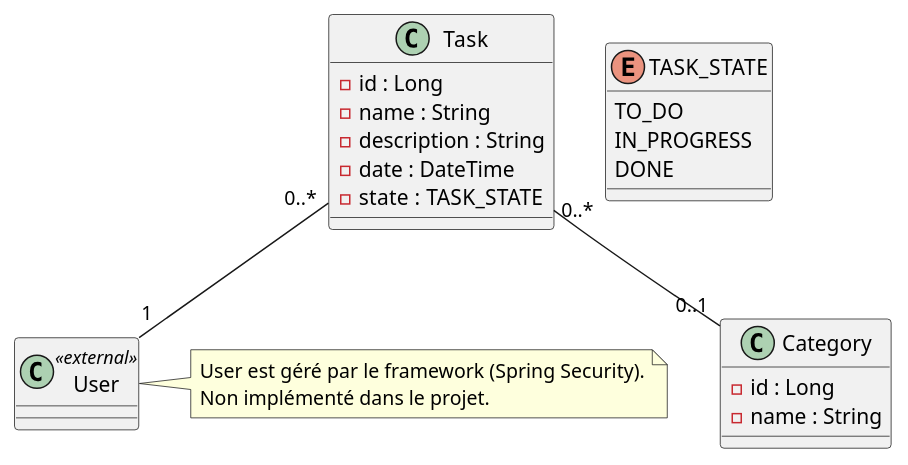
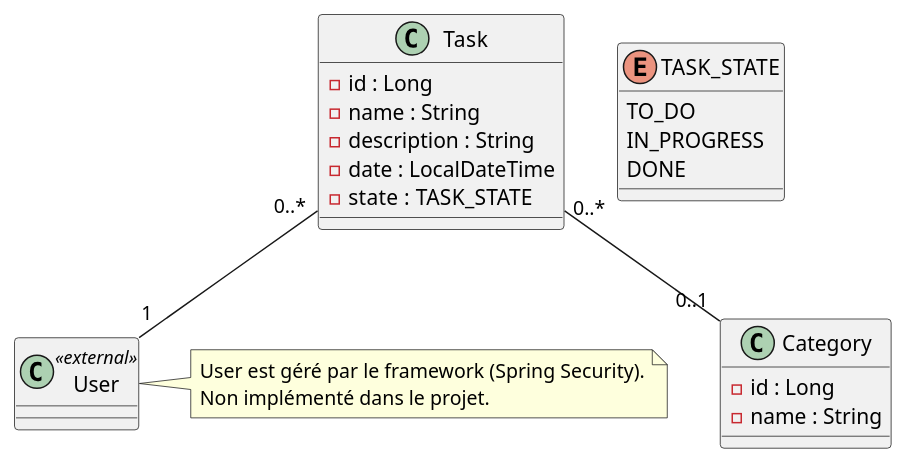
Before and after one commit to rdpt03/rdpt03-FMS-JAVASPRING-EVAL-TODOLIST: the diagram in docs/class.puml, drawn with PlantUML.

Commit message:
modify date type

```diff
--- a/docs/class.puml
+++ b/docs/class.puml
@@ -1,34 +1,34 @@
 @startuml
 
 class Task {
     - id : Long
     - name : String
     - description : String
-    - date : DateTime
+    - date : LocalDateTime
     - state : TASK_STATE
 }
 
 class Category {
     - id : Long
     - name : String
 }
 
 enum TASK_STATE {
     TO_DO
     IN_PROGRESS
     DONE
 }
 
 ' Relation
 Task "0..*" -- "1" User
 Task "0..*" -- "0..1" Category
 
 ' External class managed by framework
 class User <<external>>
 
 note right of User
 User est géré par le framework (Spring Security).
 Non implémenté dans le projet.
 end note
 
 @enduml
```
